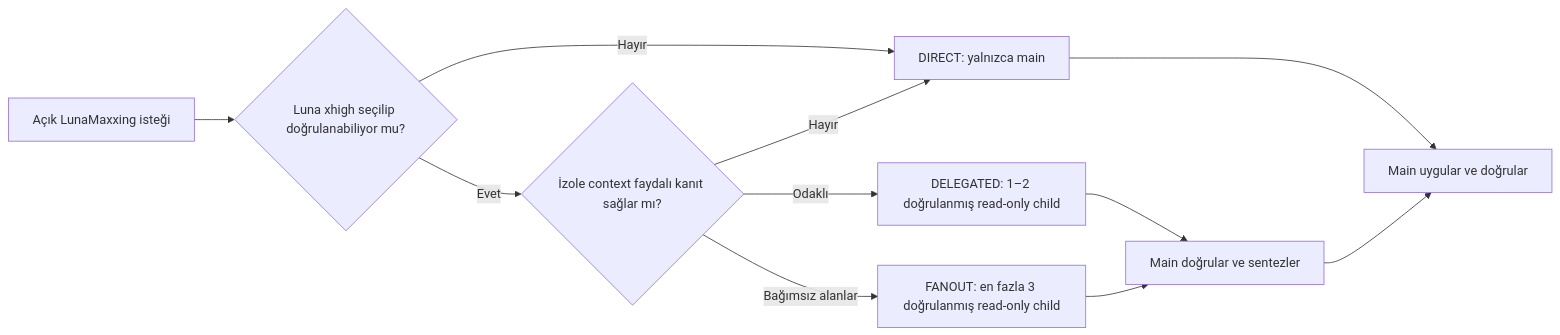
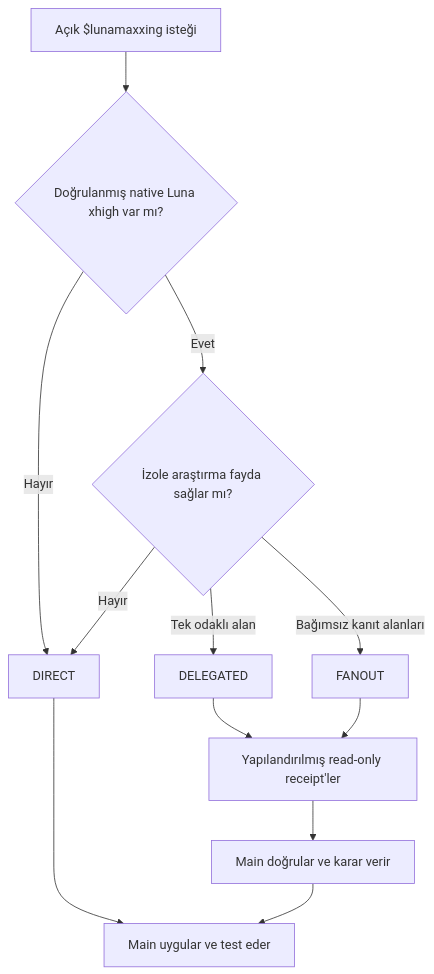
The diagram in README.tr.md (HakanBabus/LunaMaxxing), drawn with Mermaid before and after one commit. The commit also changed other lines of this file, not shown here.

````diff
--- a/README.tr.md
+++ b/README.tr.md
@@ -72,13 +70,14 @@
 ```mermaid
-flowchart LR
-    A["Açık LunaMaxxing isteği"] --> B{"Luna xhigh seçilip doğrulanabiliyor mu?"}
-    B -->|Hayır| C["DIRECT: yalnızca main"]
-    B -->|Evet| H{"İzole context faydalı kanıt sağlar mı?"}
-    H -->|Hayır| C
-    H -->|Odaklı| D["DELEGATED: 1–2 doğrulanmış read-only child"]
-    H -->|Bağımsız alanlar| E["FANOUT: en fazla 3 doğrulanmış read-only child"]
-    D --> F["Main doğrular ve sentezler"]
-    E --> F
-    C --> G["Main uygular ve doğrular"]
+flowchart TD
+    A["Açık $lunamaxxing isteği"] --> B{"Doğrulanmış native Luna xhigh var mı?"}
+    B -->|Hayır| D["DIRECT"]
+    B -->|Evet| C{"İzole araştırma fayda sağlar mı?"}
+    C -->|Hayır| D
+    C -->|Tek odaklı alan| E["DELEGATED"]
+    C -->|Bağımsız kanıt alanları| F["FANOUT"]
+    E --> G["Yapılandırılmış read-only receipt'ler"]
     F --> G
+    G --> H["Main doğrular ve karar verir"]
+    D --> I["Main uygular ve test eder"]
+    H --> I
 ```
````
